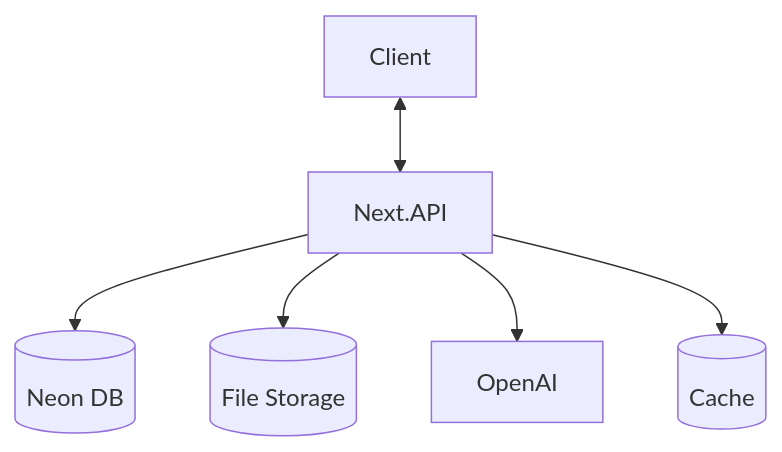
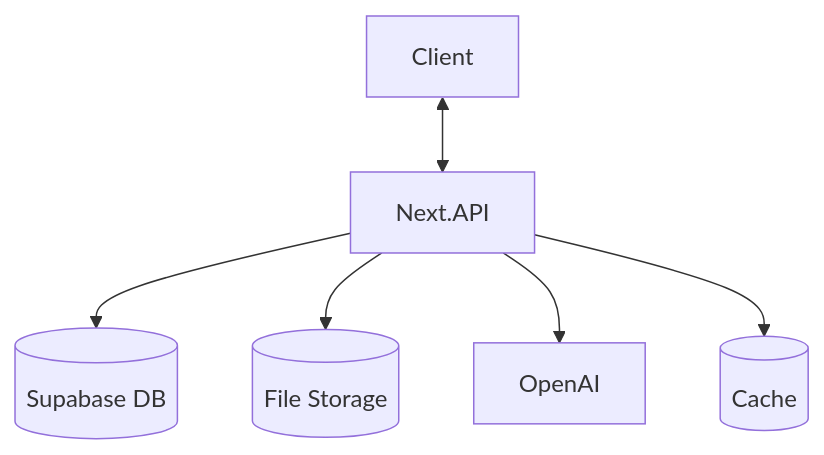
The first of 2 diagrams in context/project-overview.md (juanan-fernandez/devmemo), drawn with Mermaid before and after one commit. The commit also changed other lines of this file and 2 other files, not shown here.

Commit message:
Add supabase md prompts

````diff
--- a/context/project-overview.md
+++ b/context/project-overview.md
@@ -233,8 +233,8 @@
 ```mermaid
 graph TD;
   Client <--> Next.API
-  Next.API --> Postgres[(Neon DB)]
+  Next.API --> Postgres[(Supabase DB)]
   Next.API --> R2[(File Storage)]
   Next.API --> OpenAI
   Next.API --> Redis[(Cache)]
 ```
````
